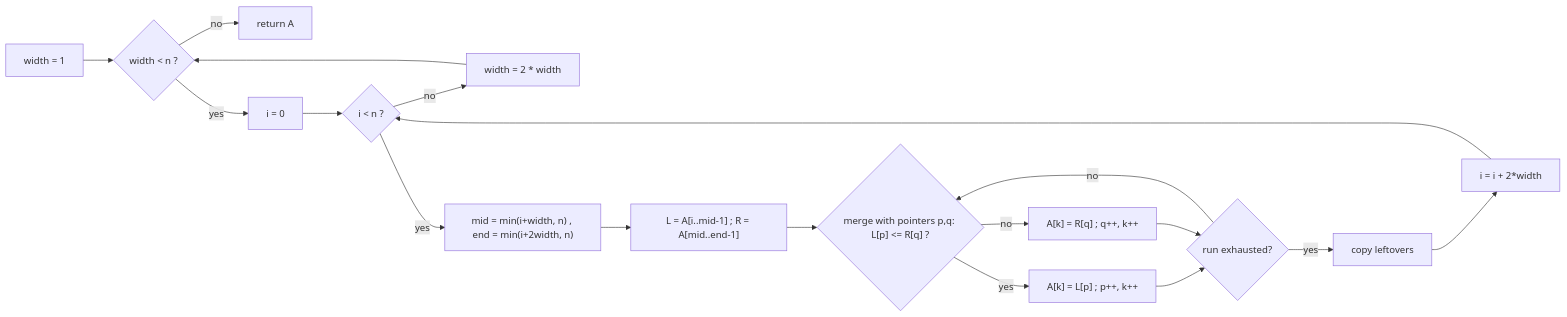
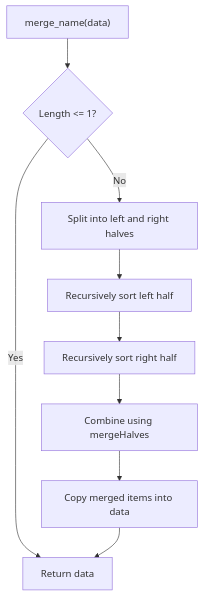
Before and after one commit to Azusalina/sba-proj: diagram 12 of 21 in descriptions/a.md, drawn with Mermaid. The commit also changed other lines of this file and 1 other file, not shown here.

````diff
--- a/descriptions/a.md
+++ b/descriptions/a.md
@@ -367,20 +383,11 @@
 ```mermaid
-flowchart LR
-    A[width = 1] --> B{width < n ?}
-    B -- no --> Z[return A]
-    B -- yes --> C[i = 0]
-    C --> D{i < n ?}
-    D -- no --> E["width = 2 * width"]
-    E --> B
-    D -- yes --> F["mid = min(i+width, n) , end = min(i+2width, n)"]
-    F --> G["L = A[i..mid-1] ; R = A[mid..end-1]"]
-    G --> H{"merge with pointers p,q: L[p] <= R[q] ?"}
-    H -- yes --> I["A[k] = L[p] ; p++, k++"]
-    H -- no --> J["A[k] = R[q] ; q++, k++"]
-    I --> K{run exhausted?}
-    J --> K
-    K -- no --> H
-    K -- yes --> L[copy leftovers]
-    L --> M["i = i + 2*width"]
-    M --> D
+flowchart TD
+    A["merge_name(data)"] --> B{Length <= 1?}
+    B -- Yes --> Z[Return data]
+    B -- No --> C[Split into left and right halves]
+    C --> D[Recursively sort left half]
+    D --> E[Recursively sort right half]
+    E --> F[Combine using mergeHalves]
+    F --> G[Copy merged items into data]
+    G --> Z
 ```
````
